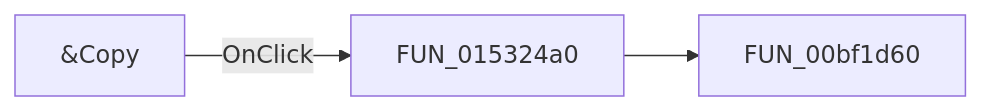
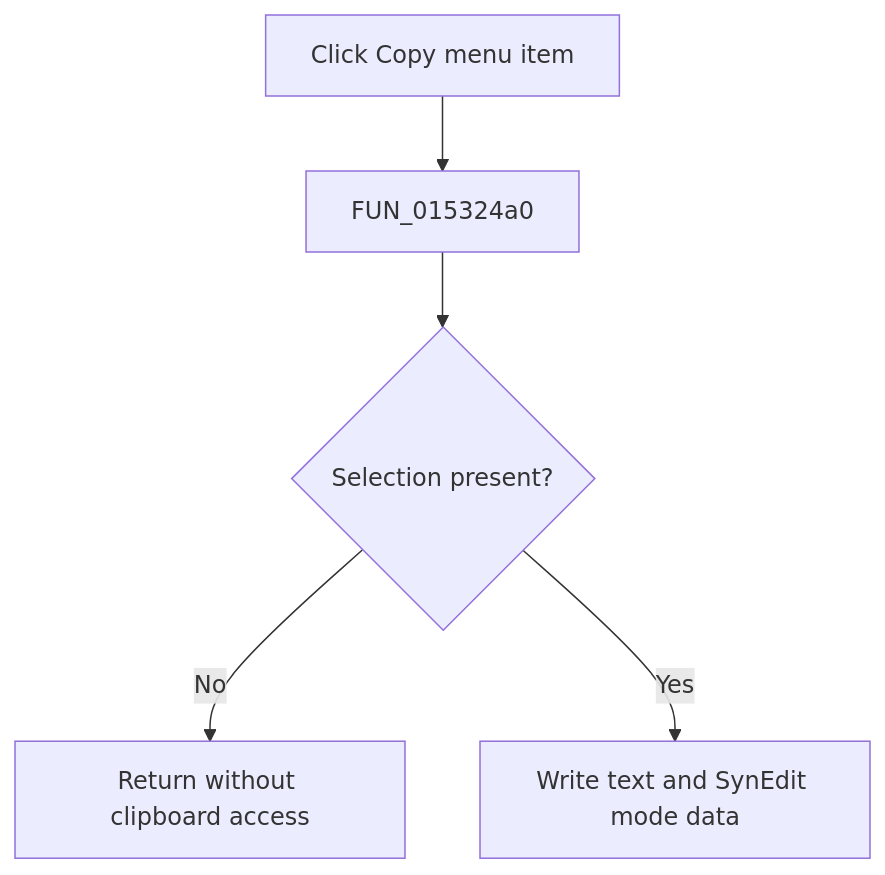
Before and after one commit to MovGP0/TIARA: the diagram in docs/ui-controls/netlisteditor/micopy-1f2ce84c07.md, drawn with Mermaid. The commit also changed other lines of this file and 1062 other files, not shown here.

````diff
--- a/docs/ui-controls/netlisteditor/micopy-1f2ce84c07.md
+++ b/docs/ui-controls/netlisteditor/micopy-1f2ce84c07.md
@@ -27,5 +29,7 @@
 ```mermaid
-flowchart LR
-    control["&Copy"] -->|OnClick| handler["FUN_015324a0"]
-    handler --> call1["FUN_00bf1d60"]
+flowchart TD
+    control["Click Copy menu item"] --> handler["FUN_015324a0"]
+    handler --> selected{"Selection present?"}
+    selected -->|No| noop["Return without clipboard access"]
+    selected -->|Yes| clipboard["Write text and SynEdit mode data"]
 ```
````
